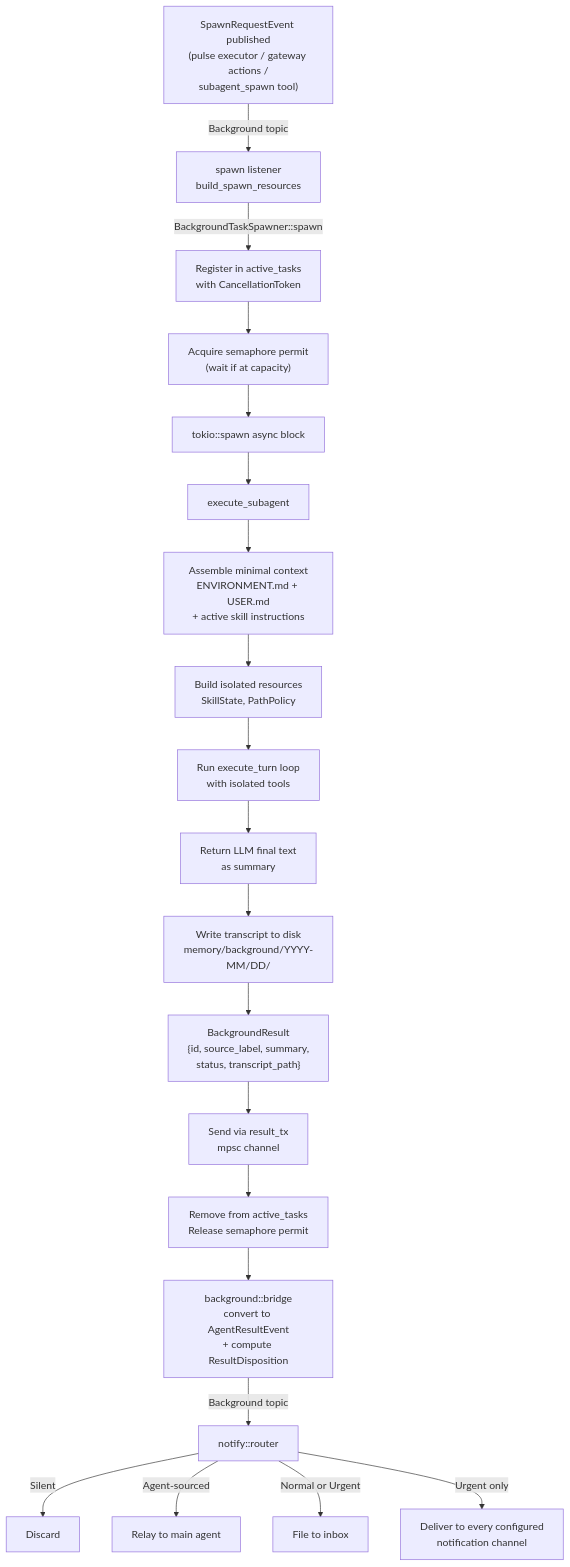
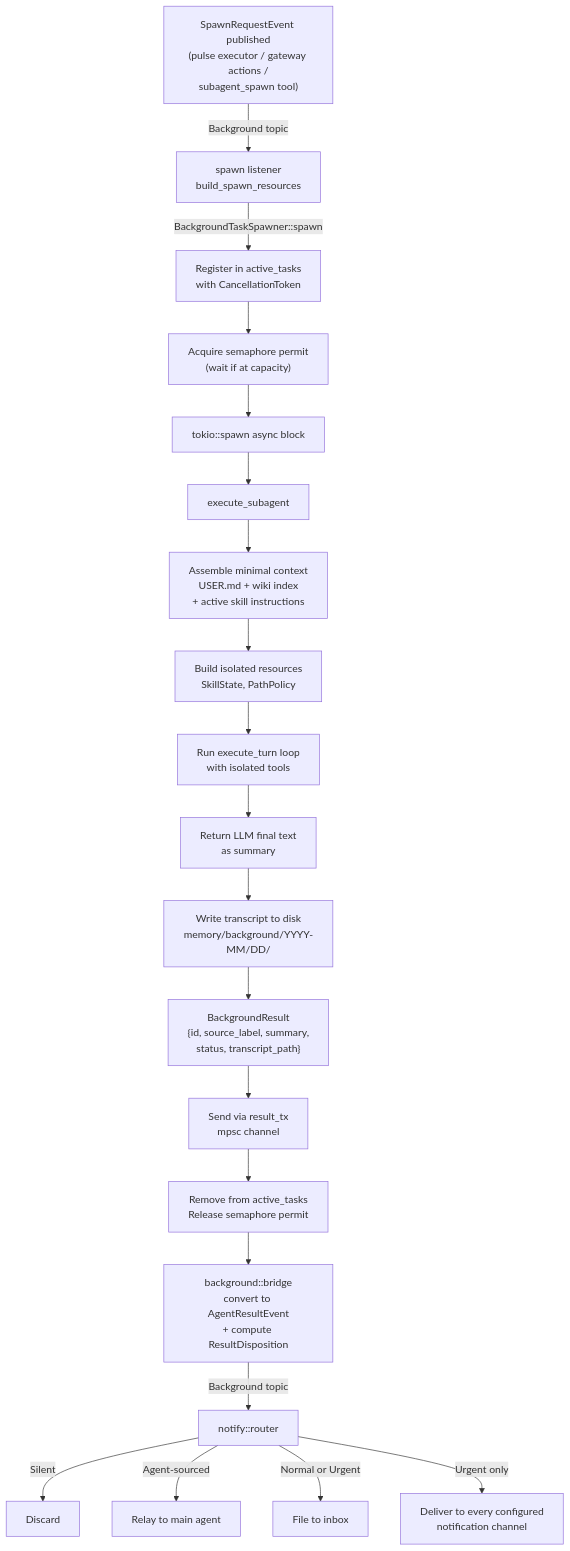
One commit to Grizzly-Endeavors/residuum changed the diagram in src/background/README.md. Above: the diagram before and after it, drawn with Mermaid. The commit also changed other lines of this file and 28 other files, not shown here.

First line of the commit message:
feat: replace MEMORY.md and ENVIRONMENT.md with an OKF knowledge wiki

````diff
--- a/src/background/README.md
+++ b/src/background/README.md
@@ -245,28 +244,28 @@
 ```mermaid
 graph TD
     Q["SpawnRequestEvent published<br/>(pulse executor / gateway actions /<br/>subagent_spawn tool)"]
     Q -->|Background topic| R["spawn listener<br/>build_spawn_resources"]
     R -->|BackgroundTaskSpawner::spawn| B["Register in active_tasks<br/>with CancellationToken"]
     B --> C["Acquire semaphore permit<br/>(wait if at capacity)"]
     C --> D["tokio::spawn async block"]
 
     D --> F["execute_subagent"]
 
-    F --> F1["Assemble minimal context<br/>ENVIRONMENT.md + USER.md<br/>+ active skill instructions"]
+    F --> F1["Assemble minimal context<br/>USER.md + wiki index<br/>+ active skill instructions"]
     F1 --> F2["Build isolated resources<br/>SkillState, PathPolicy"]
     F2 --> F3["Run execute_turn loop<br/>with isolated tools"]
     F3 --> F5["Return LLM final text<br/>as summary"]
 
     F5 --> H["Write transcript to disk<br/>memory/background/YYYY-MM/DD/"]
 
     H --> I["BackgroundResult<br/>{id, source_label, summary,<br/>status, transcript_path}"]
     I --> J["Send via result_tx<br/>mpsc channel"]
     J --> K["Remove from active_tasks<br/>Release semaphore permit"]
 
     K --> M["background::bridge<br/>convert to AgentResultEvent<br/>+ compute ResultDisposition"]
     M -->|Background topic| N["notify::router"]
     N -->|Silent| O["Discard"]
     N -->|Agent-sourced| P["Relay to main agent"]
     N -->|Normal or Urgent| L["File to inbox"]
     N -->|Urgent only| S["Deliver to every configured<br/>notification channel"]
 ```
````
